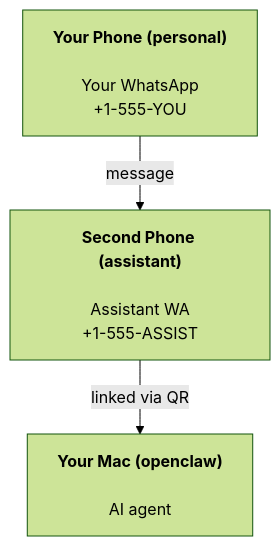
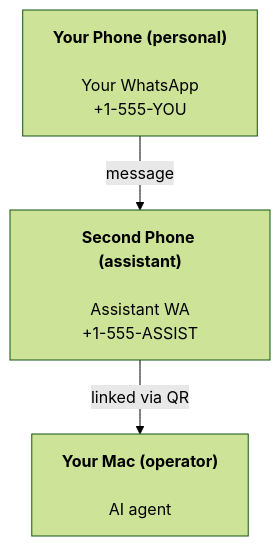
Before and after one commit to gabrielvfonseca/operator: the diagram in docs/start/openclaw.md, drawn with Mermaid (forest theme). The commit also changed other lines of this file and 5733 other files, not shown here.

Commit message:
chore: rebrand from openclaw to operator Renamed files and updated references from 'openclaw' to 'operator' across the codebase. Updated test fixtures, test files, configuration files, and UI assets. Removed backup files from commit.

````diff
--- a/docs/start/openclaw.md
+++ b/docs/start/openclaw.md
@@ -28,5 +28,5 @@
 ```mermaid
 flowchart TB
     A["<b>Your Phone (personal)<br></b><br>Your WhatsApp<br>+1-555-YOU"] -- message --> B["<b>Second Phone (assistant)<br></b><br>Assistant WA<br>+1-555-ASSIST"]
-    B -- linked via QR --> C["<b>Your Mac (openclaw)<br></b><br>AI agent"]
+    B -- linked via QR --> C["<b>Your Mac (operator)<br></b><br>AI agent"]
 ```
````
